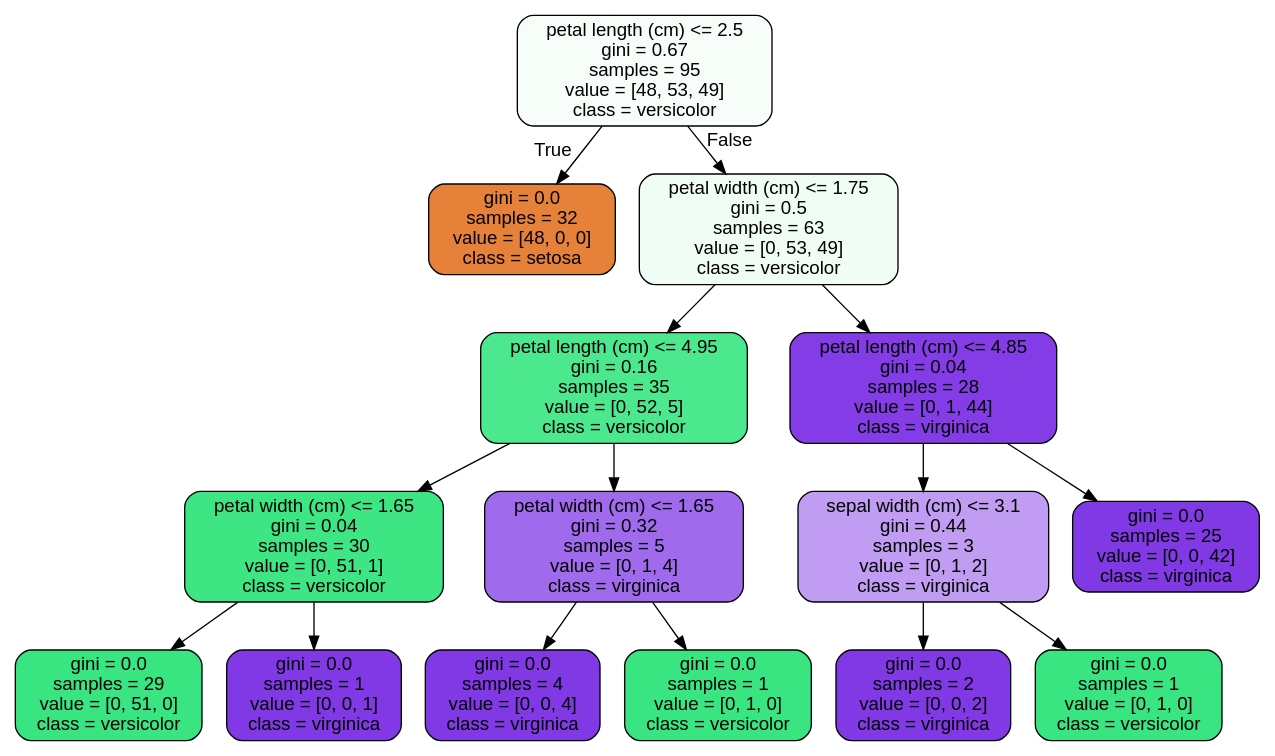
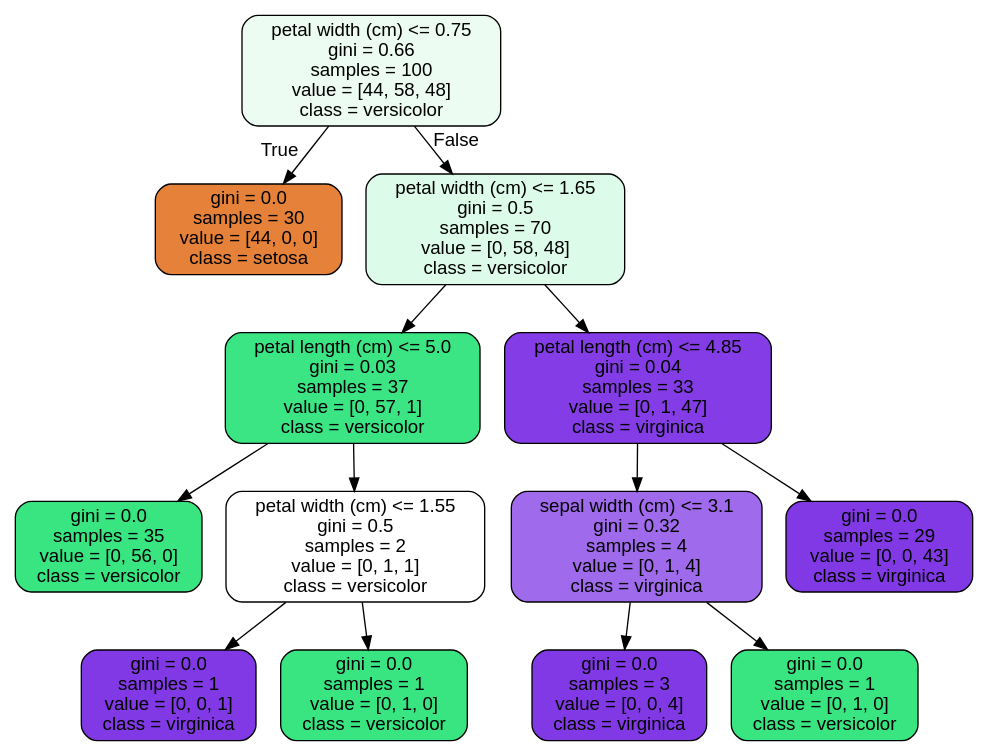
The diagram in RandomForest Covid Case Study_06302020/tree.dot (PassionateDataScientist/Random_Forest), drawn with Graphviz before and after one commit. The commit also changed 3 other files, not shown here.

```diff
--- a/RandomForest Covid Case Study_06302020/tree.dot
+++ b/RandomForest Covid Case Study_06302020/tree.dot
@@ -1,33 +1,29 @@
 digraph Tree {
 node [shape=box, style="filled, rounded", color="black", fontname="helvetica"] ;
 edge [fontname="helvetica"] ;
-0 [label="petal length (cm) <= 2.5\ngini = 0.67\nsamples = 95\nvalue = [48, 53, 49]\nclass = versicolor", fillcolor="#f7fefa"] ;
-1 [label="gini = 0.0\nsamples = 32\nvalue = [48, 0, 0]\nclass = setosa", fillcolor="#e58139"] ;
+0 [label="petal width (cm) <= 0.75\ngini = 0.66\nsamples = 100\nvalue = [44, 58, 48]\nclass = versicolor", fillcolor="#ecfcf3"] ;
+1 [label="gini = 0.0\nsamples = 30\nvalue = [44, 0, 0]\nclass = setosa", fillcolor="#e58139"] ;
 0 -> 1 [labeldistance=2.5, labelangle=45, headlabel="True"] ;
-2 [label="petal width (cm) <= 1.75\ngini = 0.5\nsamples = 63\nvalue = [0, 53, 49]\nclass = versicolor", fillcolor="#f0fdf5"] ;
+2 [label="petal width (cm) <= 1.65\ngini = 0.5\nsamples = 70\nvalue = [0, 58, 48]\nclass = versicolor", fillcolor="#ddfbe9"] ;
 0 -> 2 [labeldistance=2.5, labelangle=-45, headlabel="False"] ;
-3 [label="petal length (cm) <= 4.95\ngini = 0.16\nsamples = 35\nvalue = [0, 52, 5]\nclass = versicolor", fillcolor="#4ce88d"] ;
+3 [label="petal length (cm) <= 5.0\ngini = 0.03\nsamples = 37\nvalue = [0, 57, 1]\nclass = versicolor", fillcolor="#3ce583"] ;
 2 -> 3 ;
-4 [label="petal width (cm) <= 1.65\ngini = 0.04\nsamples = 30\nvalue = [0, 51, 1]\nclass = versicolor", fillcolor="#3de683"] ;
+4 [label="gini = 0.0\nsamples = 35\nvalue = [0, 56, 0]\nclass = versicolor", fillcolor="#39e581"] ;
 3 -> 4 ;
-5 [label="gini = 0.0\nsamples = 29\nvalue = [0, 51, 0]\nclass = versicolor", fillcolor="#39e581"] ;
-4 -> 5 ;
+5 [label="petal width (cm) <= 1.55\ngini = 0.5\nsamples = 2\nvalue = [0, 1, 1]\nclass = versicolor", fillcolor="#ffffff"] ;
+3 -> 5 ;
 6 [label="gini = 0.0\nsamples = 1\nvalue = [0, 0, 1]\nclass = virginica", fillcolor="#8139e5"] ;
-4 -> 6 ;
-7 [label="petal width (cm) <= 1.65\ngini = 0.32\nsamples = 5\nvalue = [0, 1, 4]\nclass = virginica", fillcolor="#a06aec"] ;
-3 -> 7 ;
-8 [label="gini = 0.0\nsamples = 4\nvalue = [0, 0, 4]\nclass = virginica", fillcolor="#8139e5"] ;
-7 -> 8 ;
-9 [label="gini = 0.0\nsamples = 1\nvalue = [0, 1, 0]\nclass = versicolor", fillcolor="#39e581"] ;
-7 -> 9 ;
-10 [label="petal length (cm) <= 4.85\ngini = 0.04\nsamples = 28\nvalue = [0, 1, 44]\nclass = virginica", fillcolor="#843de6"] ;
-2 -> 10 ;
-11 [label="sepal width (cm) <= 3.1\ngini = 0.44\nsamples = 3\nvalue = [0, 1, 2]\nclass = virginica", fillcolor="#c09cf2"] ;
-10 -> 11 ;
-12 [label="gini = 0.0\nsamples = 2\nvalue = [0, 0, 2]\nclass = virginica", fillcolor="#8139e5"] ;
-11 -> 12 ;
-13 [label="gini = 0.0\nsamples = 1\nvalue = [0, 1, 0]\nclass = versicolor", fillcolor="#39e581"] ;
-11 -> 13 ;
-14 [label="gini = 0.0\nsamples = 25\nvalue = [0, 0, 42]\nclass = virginica", fillcolor="#8139e5"] ;
-10 -> 14 ;
+5 -> 6 ;
+7 [label="gini = 0.0\nsamples = 1\nvalue = [0, 1, 0]\nclass = versicolor", fillcolor="#39e581"] ;
+5 -> 7 ;
+8 [label="petal length (cm) <= 4.85\ngini = 0.04\nsamples = 33\nvalue = [0, 1, 47]\nclass = virginica", fillcolor="#843de6"] ;
+2 -> 8 ;
+9 [label="sepal width (cm) <= 3.1\ngini = 0.32\nsamples = 4\nvalue = [0, 1, 4]\nclass = virginica", fillcolor="#a06aec"] ;
+8 -> 9 ;
+10 [label="gini = 0.0\nsamples = 3\nvalue = [0, 0, 4]\nclass = virginica", fillcolor="#8139e5"] ;
+9 -> 10 ;
+11 [label="gini = 0.0\nsamples = 1\nvalue = [0, 1, 0]\nclass = versicolor", fillcolor="#39e581"] ;
+9 -> 11 ;
+12 [label="gini = 0.0\nsamples = 29\nvalue = [0, 0, 43]\nclass = virginica", fillcolor="#8139e5"] ;
+8 -> 12 ;
 }
```
